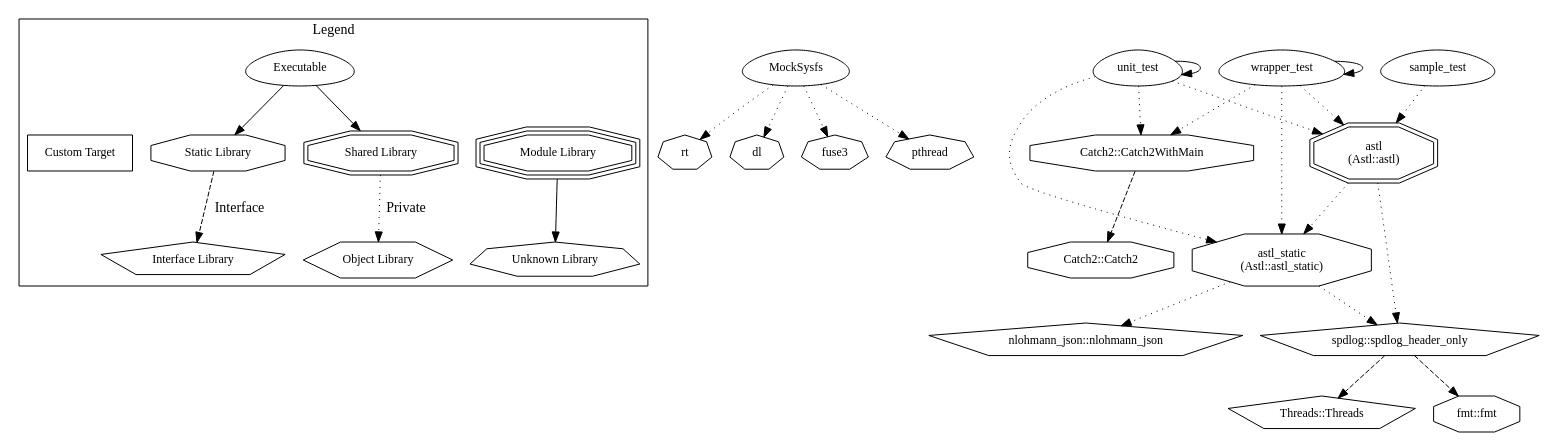
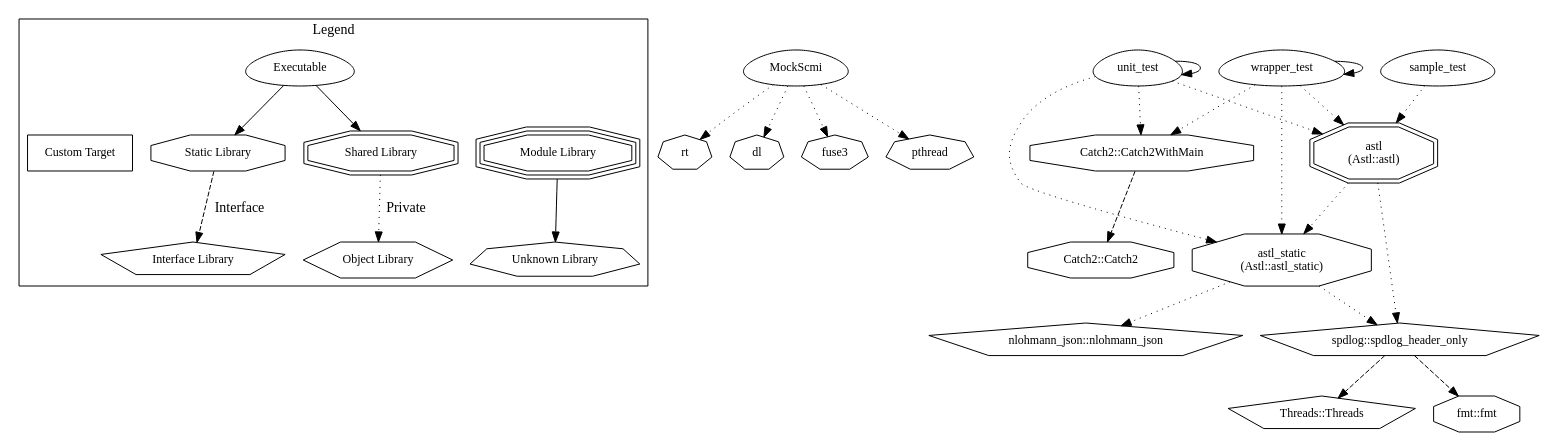
Before and after one commit to arm/ASTL: the diagram in doc/dependency_graph.dot, drawn with Graphviz. The commit also changed 27 other files, not shown here.

First line of the commit message:
[NO-JIRA] Rename MockSysfs to MockScmi (#572)

```diff
--- a/doc/dependency_graph.dot
+++ b/doc/dependency_graph.dot
@@ -1,65 +1,65 @@
 // SPDX-FileCopyrightText: 2026 Arm Limited and/or its affiliates <open-source-office@arm.com>
 //
 // SPDX-License-Identifier: Apache-2.0
 
 digraph "astl" {
 node [
   fontsize = "12"
 ];
 subgraph clusterLegend {
   label = "Legend";
   color = black;
   edge [ style = invis ];
   legendNode0 [ label = "Executable", shape = egg ];
   legendNode1 [ label = "Static Library", shape = octagon ];
   legendNode2 [ label = "Shared Library", shape = doubleoctagon ];
   legendNode3 [ label = "Module Library", shape = tripleoctagon ];
   legendNode4 [ label = "Interface Library", shape = pentagon ];
   legendNode5 [ label = "Object Library", shape = hexagon ];
   legendNode6 [ label = "Unknown Library", shape = septagon ];
   legendNode7 [ label = "Custom Target", shape = box ];
   legendNode0 -> legendNode1 [ style = solid ];
   legendNode0 -> legendNode2 [ style = solid ];
   legendNode0 -> legendNode3;
   legendNode1 -> legendNode4 [ label = "Interface", style = dashed ];
   legendNode2 -> legendNode5 [ label = "Private", style = dotted ];
   legendNode3 -> legendNode6 [ style = solid ];
   legendNode0 -> legendNode7;
 }
-    "node0" [ label = "MockSysfs", shape = egg ];
+    "node0" [ label = "MockScmi", shape = egg ];
     "node1" [ label = "dl", shape = septagon ];
-    "node0" -> "node1" [ style = dotted ] // MockSysfs -> dl
+    "node0" -> "node1" [ style = dotted ] // MockScmi -> dl
     "node2" [ label = "fuse3", shape = septagon ];
-    "node0" -> "node2" [ style = dotted ] // MockSysfs -> fuse3
+    "node0" -> "node2" [ style = dotted ] // MockScmi -> fuse3
     "node3" [ label = "pthread", shape = septagon ];
-    "node0" -> "node3" [ style = dotted ] // MockSysfs -> pthread
+    "node0" -> "node3" [ style = dotted ] // MockScmi -> pthread
     "node4" [ label = "rt", shape = septagon ];
-    "node0" -> "node4" [ style = dotted ] // MockSysfs -> rt
+    "node0" -> "node4" [ style = dotted ] // MockScmi -> rt
     "node5" [ label = "astl\n(Astl::astl)", shape = doubleoctagon ];
     "node6" [ label = "astl_static\n(Astl::astl_static)", shape = octagon ];
     "node7" [ label = "nlohmann_json::nlohmann_json", shape = pentagon ];
     "node6" -> "node7" [ style = dotted ] // astl_static -> nlohmann_json::nlohmann_json
     "node8" [ label = "spdlog::spdlog_header_only", shape = pentagon ];
     "node9" [ label = "Threads::Threads", shape = pentagon ];
     "node8" -> "node9" [ style = dashed ] // spdlog::spdlog_header_only -> Threads::Threads
     "node10" [ label = "fmt::fmt", shape = octagon ];
     "node8" -> "node10" [ style = dashed ] // spdlog::spdlog_header_only -> fmt::fmt
     "node6" -> "node8" [ style = dotted ] // astl_static -> spdlog::spdlog_header_only
     "node5" -> "node6" [ style = dotted ] // astl -> astl_static
     "node5" -> "node8" [ style = dotted ] // astl -> spdlog::spdlog_header_only
     "node11" [ label = "sample_test", shape = egg ];
     "node11" -> "node5" [ style = dotted ] // sample_test -> astl
     "node12" [ label = "unit_test", shape = egg ];
     "node13" [ label = "Catch2::Catch2WithMain", shape = octagon ];
     "node14" [ label = "Catch2::Catch2", shape = octagon ];
     "node13" -> "node14" [ style = dashed ] // Catch2::Catch2WithMain -> Catch2::Catch2
     "node12" -> "node13" [ style = dotted ] // unit_test -> Catch2::Catch2WithMain
     "node12" -> "node5" [ style = dotted ] // unit_test -> astl
     "node12" -> "node6" [ style = dotted ] // unit_test -> astl_static
     "node12" -> "node12"  // unit_test -> unit_test
     "node15" [ label = "wrapper_test", shape = egg ];
     "node15" -> "node13" [ style = dotted ] // wrapper_test -> Catch2::Catch2WithMain
     "node15" -> "node5" [ style = dotted ] // wrapper_test -> astl
     "node15" -> "node6" [ style = dotted ] // wrapper_test -> astl_static
     "node15" -> "node15"  // wrapper_test -> wrapper_test
 }
```
